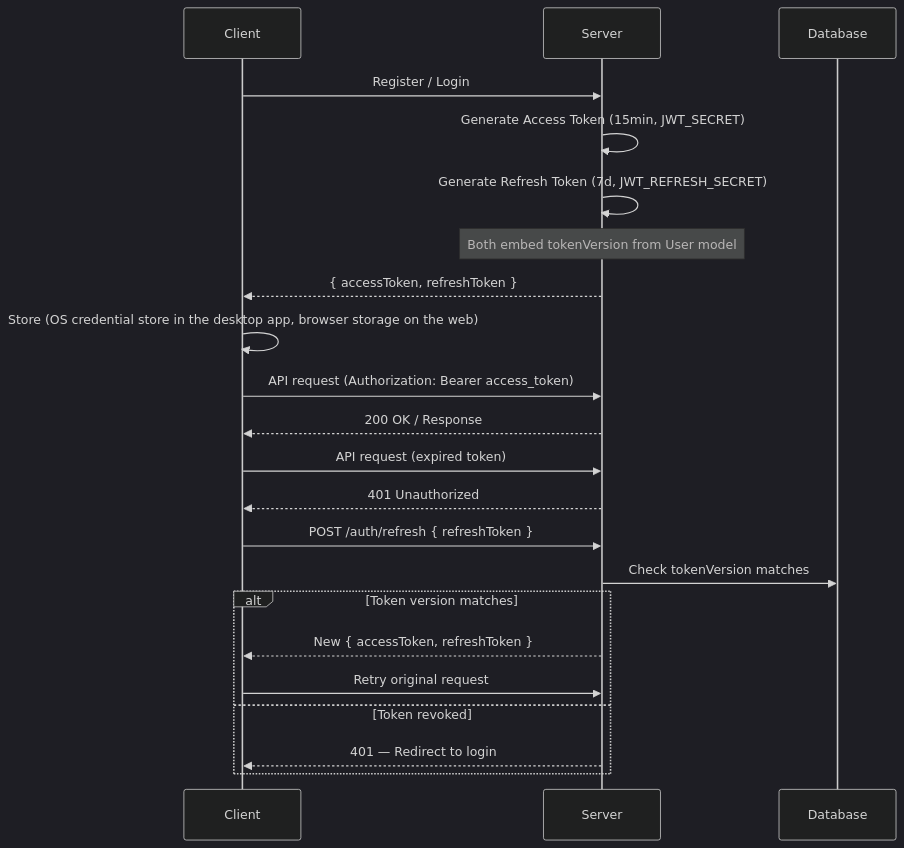
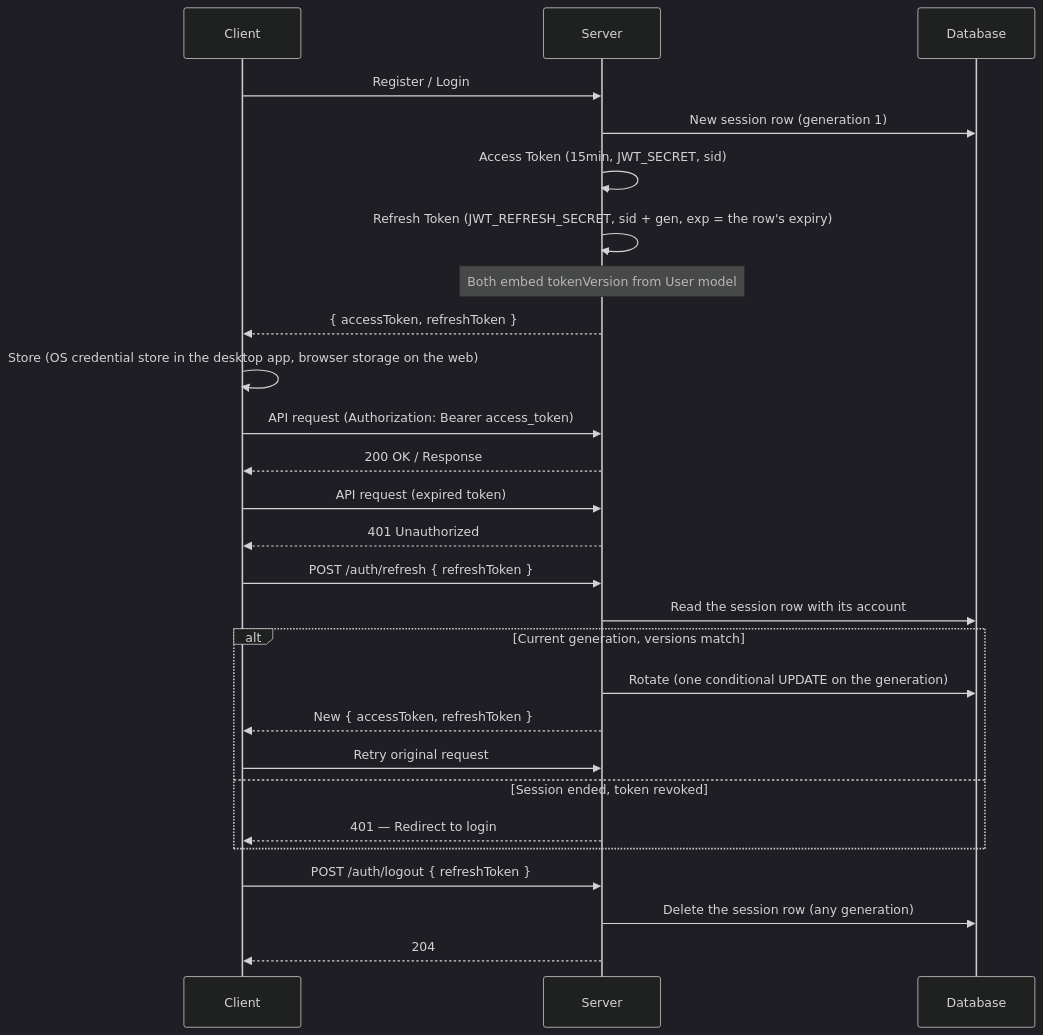
The ninth of 16 diagrams in Architecture.md (Aizen93/voxium), drawn with Mermaid (dark theme) before and after one commit. The commit also changed other lines of this file and 1 other file, not shown here.

Commit message:
docs: sign-in sessions in the system document and the reference
The system document describes the sessions table, the tokens and the
claims that tell their kinds apart, rotation and reuse detection, the
password change's version check, the sign-out route, the session:{id}
and nosid:{userId} rooms, the access check, tokens issued before
sessions and the sweep with its guards, and lists the new files. The
configuration reference says what JWT_REFRESH_EXPIRES_IN now sets: the
idle window of a remembered session, renewed at each use, never past
365 days after the sign-in; and that JWT_REFRESH_SECRET holds a value
different from JWT_SECRET.

Refs #52

````diff
--- a/Architecture.md
+++ b/Architecture.md
@@ -1228,28 +1235,34 @@
 ```mermaid
 sequenceDiagram
     participant Client
     participant Server
     participant DB as Database
 
     Client->>Server: Register / Login
-    Server->>Server: Generate Access Token (15min, JWT_SECRET)
-    Server->>Server: Generate Refresh Token (7d, JWT_REFRESH_SECRET)
+    Server->>DB: New session row (generation 1)
+    Server->>Server: Access Token (15min, JWT_SECRET, sid)
+    Server->>Server: Refresh Token (JWT_REFRESH_SECRET, sid + gen, exp = the row's expiry)
     Note over Server: Both embed tokenVersion from User model
     Server-->>Client: { accessToken, refreshToken }
     Client->>Client: Store (OS credential store in the desktop app, browser storage on the web)
 
     Client->>Server: API request (Authorization: Bearer access_token)
     Server-->>Client: 200 OK / Response
 
     Client->>Server: API request (expired token)
     Server-->>Client: 401 Unauthorized
 
     Client->>Server: POST /auth/refresh { refreshToken }
-    Server->>DB: Check tokenVersion matches
-    alt Token version matches
+    Server->>DB: Read the session row with its account
+    alt Current generation, versions match
+        Server->>DB: Rotate (one conditional UPDATE on the generation)
         Server-->>Client: New { accessToken, refreshToken }
         Client->>Server: Retry original request
-    else Token revoked
+    else Session ended, token revoked
         Server-->>Client: 401 — Redirect to login
     end
+
+    Client->>Server: POST /auth/logout { refreshToken }
+    Server->>DB: Delete the session row (any generation)
+    Server-->>Client: 204
 ```
````
